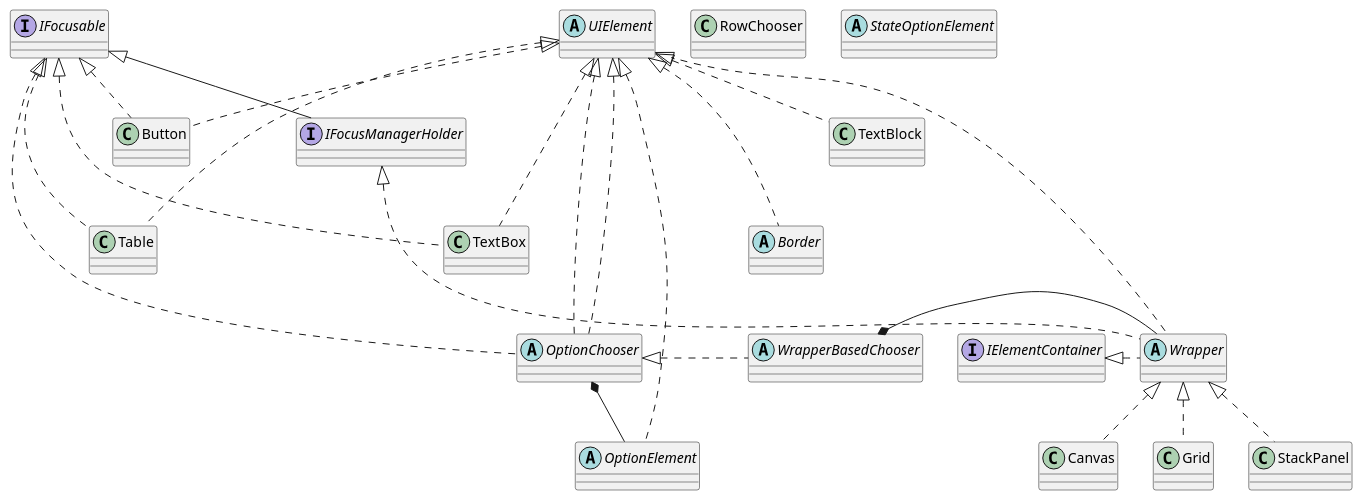
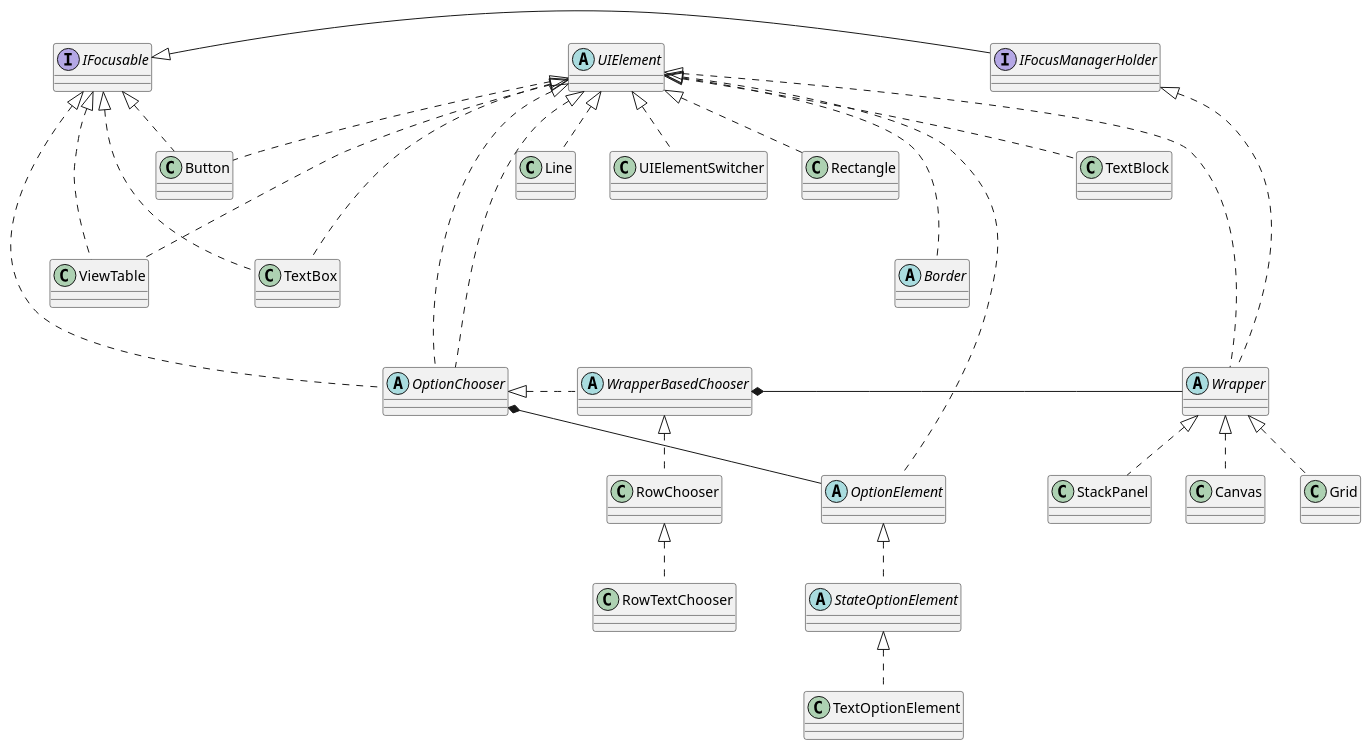
One commit to sunnyyssh/ConsoleUI changed the diagram in Sunnyyssh.ConsoleUI/Scheme/Class architecture/UIElementsDiagram.puml. Above: the diagram before and after it, drawn with PlantUML. The commit also changed 1 other file, not shown here.

Commit message:
Added UIElement's uml diagram.

```diff
--- a/Sunnyyssh.ConsoleUI/Scheme/Class architecture/UIElementsDiagram.puml
+++ b/Sunnyyssh.ConsoleUI/Scheme/Class architecture/UIElementsDiagram.puml
@@ -1,53 +1,65 @@
 @startuml
 
 abstract UIElement
-interface IElementContainer
 interface IFocusable
 interface IFocusManagerHolder
 abstract Wrapper
 class Button
 class Canvas
 class Grid
 class StackPanel
 class TextBlock
 class TextBox
-class Table
+class ViewTable
 abstract OptionChooser
 abstract Border
 abstract WrapperBasedChooser
 class RowChooser
+class RowTextChooser
 abstract OptionElement
 abstract StateOptionElement
+class TextOptionElement
+class Line
+class UIElementSwitcher
 
 IFocusable <|- IFocusManagerHolder
 
 UIElement <|.. Wrapper 
 IFocusManagerHolder <|. Wrapper
-IElementContainer <|. Wrapper
 
 Wrapper <|.. Canvas
 Wrapper <|.. Grid
 Wrapper <|.. StackPanel
 
 UIElement <|.. Button
 IFocusable <|.. Button
 
 UIElement <|.. TextBlock 
 UIElement <|.. TextBox
 IFocusable <|... TextBox
 
-UIElement <|... Table
-IFocusable <|... Table
+UIElement <|... ViewTable
+IFocusable <|... ViewTable
 
 UIElement <|... OptionChooser
 IFocusable <|... OptionChooser
 
 UIElement <|... Border
 
 UIElement <|.... OptionChooser
 OptionChooser <|. WrapperBasedChooser
 UIElement <|..... OptionElement
 OptionChooser *- OptionElement
+OptionElement <|.. StateOptionElement 
+StateOptionElement <|.. TextOptionElement
+
 WrapperBasedChooser *- Wrapper
+WrapperBasedChooser <|.. RowChooser 
+RowChooser <|.. RowTextChooser
+
+UIElement <|.. Line
+UIElement <|.. Rectangle
+
+UIElement <|.. UIElementSwitcher
 
 @enduml
```
